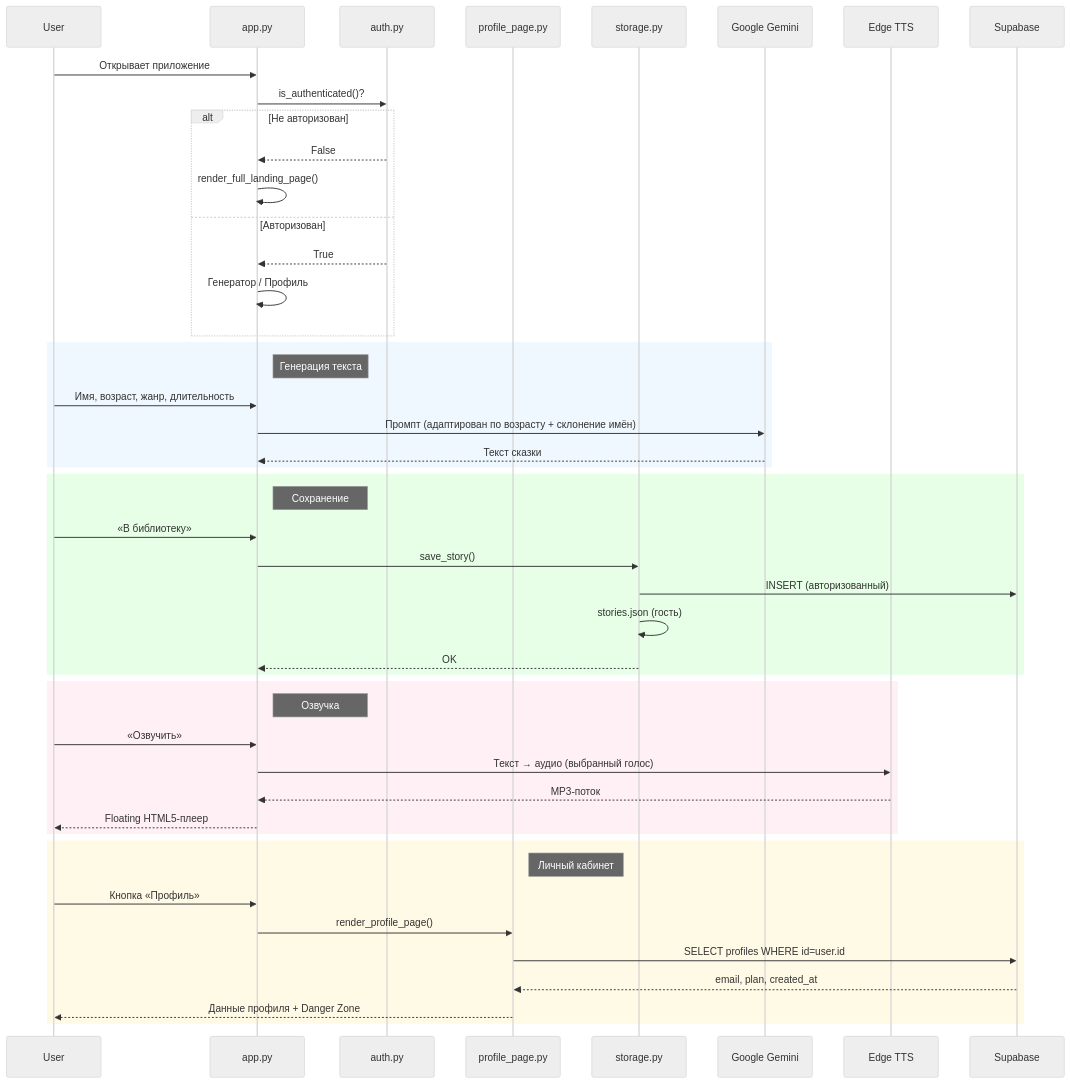
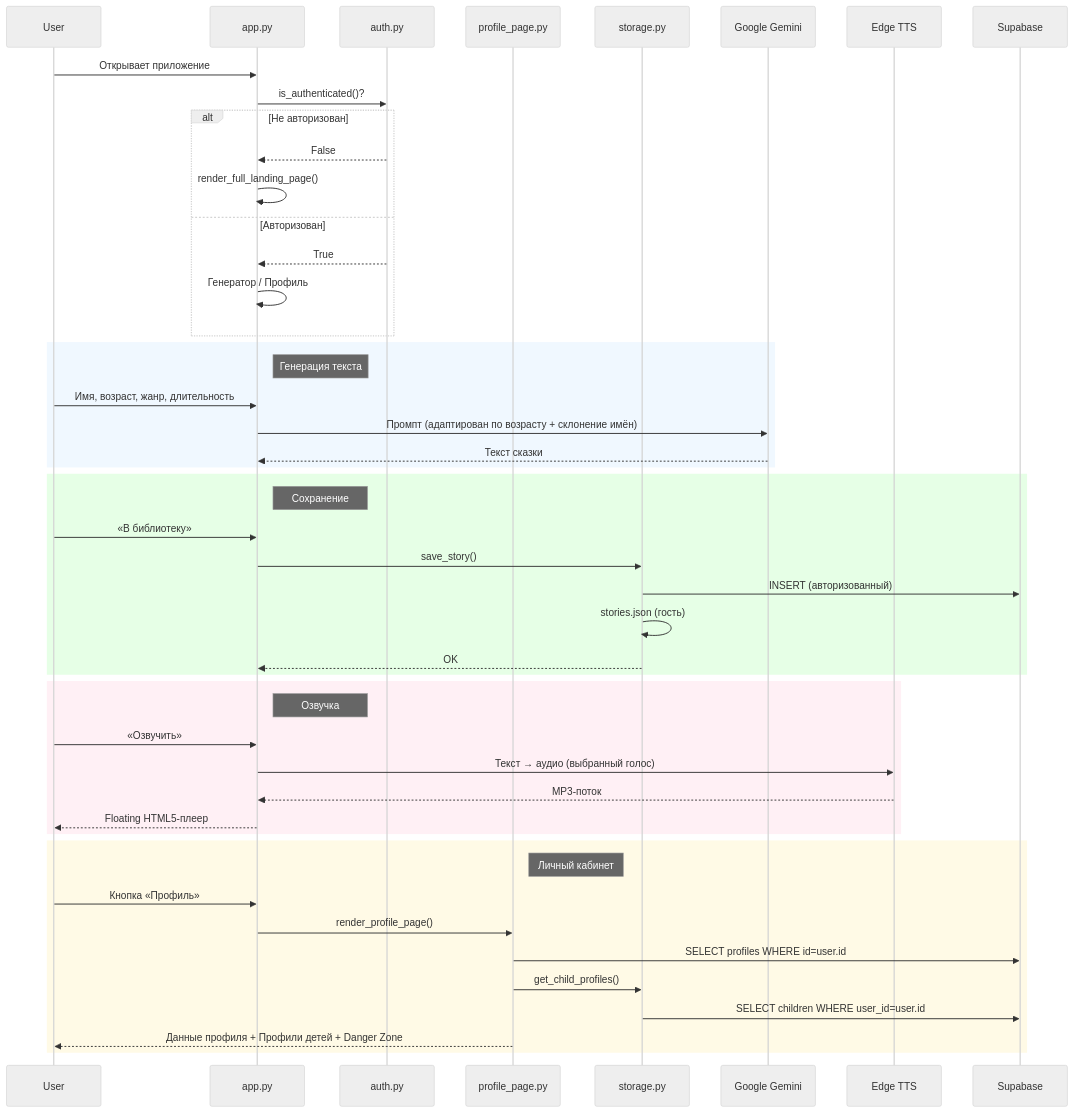
One commit to sam-nv89/fairy_tale_generator changed the diagram in ARCHITECTURE.md. Above: the diagram before and after it, drawn with Mermaid (neutral theme). The commit also changed other lines of this file and 7 other files, not shown here.

Commit message:
✨ Feature: Child Profiles (management and auto-fill) + Documentation updates

````diff
--- a/ARCHITECTURE.md
+++ b/ARCHITECTURE.md
@@ -51,54 +51,55 @@
 ```mermaid
 sequenceDiagram
     participant User
     participant App as app.py
     participant Auth as auth.py
     participant Profile as profile_page.py
     participant Storage as storage.py
     participant Gemini as Google Gemini
     participant TTS as Edge TTS
     participant Supabase
 
     User->>App: Открывает приложение
     App->>Auth: is_authenticated()?
     alt Не авторизован
         Auth-->>App: False
         App->>App: render_full_landing_page()
     else Авторизован
         Auth-->>App: True
         App->>App: Генератор / Профиль
     end
 
     rect rgb(240, 248, 255)
         note right of App: Генерация текста
         User->>App: Имя, возраст, жанр, длительность
         App->>Gemini: Промпт (адаптирован по возрасту + склонение имён)
         Gemini-->>App: Текст сказки
     end
 
     rect rgb(230, 255, 230)
         note right of App: Сохранение
         User->>App: «В библиотеку»
         App->>Storage: save_story()
         Storage->>Supabase: INSERT (авторизованный)
         Storage->>Storage: stories.json (гость)
         Storage-->>App: OK
     end
 
     rect rgb(255, 240, 245)
         note right of App: Озвучка
         User->>App: «Озвучить»
         App->>TTS: Текст → аудио (выбранный голос)
         TTS-->>App: MP3-поток
         App-->>User: Floating HTML5-плеер
     end
 
     rect rgb(255, 250, 230)
         note right of Profile: Личный кабинет
         User->>App: Кнопка «Профиль»
         App->>Profile: render_profile_page()
         Profile->>Supabase: SELECT profiles WHERE id=user.id
-        Supabase-->>Profile: email, plan, created_at
-        Profile-->>User: Данные профиля + Danger Zone
+        Profile->>Storage: get_child_profiles()
+        Storage->>Supabase: SELECT children WHERE user_id=user.id
+        Profile-->>User: Данные профиля + Профили детей + Danger Zone
     end
 ```
````
